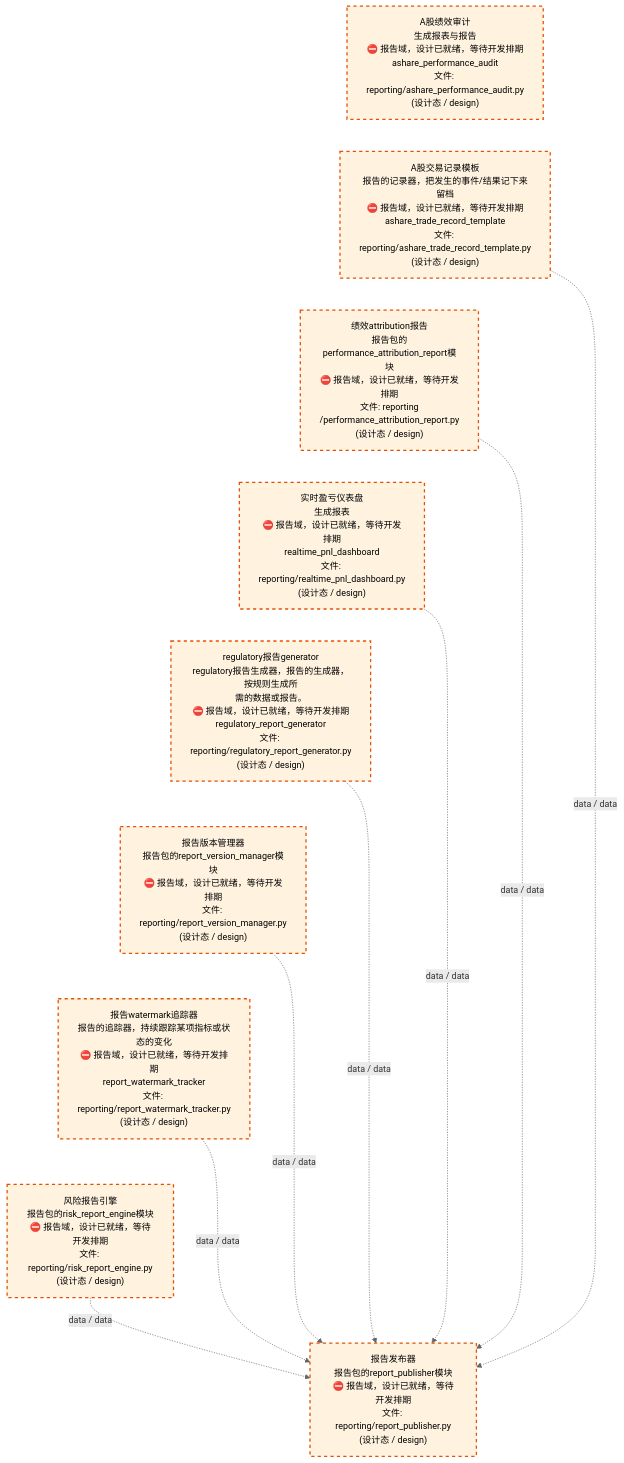
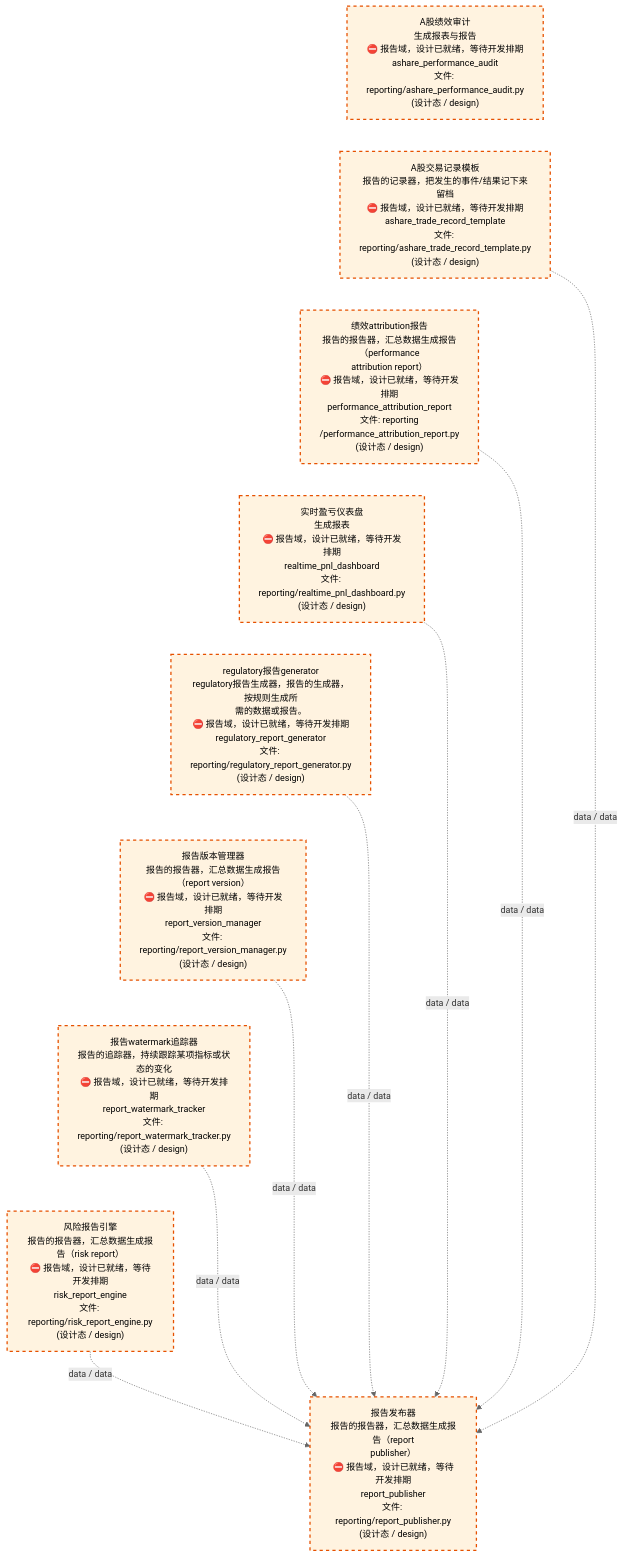
One commit to xuanFelixVan/ZephyrAlpha changed the third of 4 diagrams in docs/02_enterprise_architecture/02_domain_architecture_docs/26_d_reporting.md. Above: the diagram before and after it, drawn with Mermaid. The commit also changed other lines of this file and 36 other files, not shown here.

````diff
--- a/docs/02_enterprise_architecture/02_domain_architecture_docs/26_d_reporting.md
+++ b/docs/02_enterprise_architecture/02_domain_architecture_docs/26_d_reporting.md
@@ -137,32 +137,32 @@
 ```mermaid
 %%{init: {'theme': 'base', 'themeVariables': {'primaryColor': '#eaeaea', 'primaryTextColor': '#333333', 'primaryBorderColor': '#666666', 'lineColor': '#666666', 'secondaryColor': '#eaeaea', 'tertiaryColor': '#eaeaea', 'fontSize': '14px'}}}%%
 flowchart TD
     src_zephyr_reporting_ashare_performance_audit_py["A股绩效审计<br/>生成报表与报告<br/>⛔ 报告域，设计已就绪，等待开发排期<br/>ashare_performance_audit<br/>文件: reporting/ashare_performance_audit.py<br/>(设计态 / design)"]
     src_zephyr_reporting_ashare_trade_record_template_py["A股交易记录模板<br/>报告的记录器，把发生的事件/结果记下来留档<br/>⛔ 报告域，设计已就绪，等待开发排期<br/>ashare_trade_record_template<br/>文件: reporting/ashare_trade_record_template.py<br/>(设计态 / design)"]
-    src_zephyr_reporting_performance_attribution_report_py["绩效attribution报告<br/>报告包的performance_attribution_report模块<br/>⛔ 报告域，设计已就绪，等待开发排期<br/>文件: reporting<br/>/performance_attribution_report.py<br/>(设计态 / design)"]
+    src_zephyr_reporting_performance_attribution_report_py["绩效attribution报告<br/>报告的报告器，汇总数据生成报告（performance<br/>attribution report）<br/>⛔ 报告域，设计已就绪，等待开发排期<br/>performance_attribution_report<br/>文件: reporting<br/>/performance_attribution_report.py<br/>(设计态 / design)"]
     src_zephyr_reporting_realtime_pnl_dashboard_py["实时盈亏仪表盘<br/>生成报表<br/>⛔ 报告域，设计已就绪，等待开发排期<br/>realtime_pnl_dashboard<br/>文件: reporting/realtime_pnl_dashboard.py<br/>(设计态 / design)"]
     src_zephyr_reporting_regulatory_report_generator_py["regulatory报告generator<br/>regulatory报告生成器，报告的生成器，按规则生成所<br/>需的数据或报告。<br/>⛔ 报告域，设计已就绪，等待开发排期<br/>regulatory_report_generator<br/>文件: reporting/regulatory_report_generator.py<br/>(设计态 / design)"]
-    src_zephyr_reporting_report_version_manager_py["报告版本管理器<br/>报告包的report_version_manager模块<br/>⛔ 报告域，设计已就绪，等待开发排期<br/>文件: reporting/report_version_manager.py<br/>(设计态 / design)"]
+    src_zephyr_reporting_report_version_manager_py["报告版本管理器<br/>报告的报告器，汇总数据生成报告（report version）<br/>⛔ 报告域，设计已就绪，等待开发排期<br/>report_version_manager<br/>文件: reporting/report_version_manager.py<br/>(设计态 / design)"]
     src_zephyr_reporting_report_watermark_tracker_py["报告watermark追踪器<br/>报告的追踪器，持续跟踪某项指标或状态的变化<br/>⛔ 报告域，设计已就绪，等待开发排期<br/>report_watermark_tracker<br/>文件: reporting/report_watermark_tracker.py<br/>(设计态 / design)"]
-    src_zephyr_reporting_risk_report_engine_py["风险报告引擎<br/>报告包的risk_report_engine模块<br/>⛔ 报告域，设计已就绪，等待开发排期<br/>文件: reporting/risk_report_engine.py<br/>(设计态 / design)"]
+    src_zephyr_reporting_risk_report_engine_py["风险报告引擎<br/>报告的报告器，汇总数据生成报告（risk report）<br/>⛔ 报告域，设计已就绪，等待开发排期<br/>risk_report_engine<br/>文件: reporting/risk_report_engine.py<br/>(设计态 / design)"]
     src_zephyr_reporting_ashare_performance_audit_py ~~~ src_zephyr_reporting_ashare_trade_record_template_py
     src_zephyr_reporting_ashare_trade_record_template_py ~~~ src_zephyr_reporting_performance_attribution_report_py
     src_zephyr_reporting_performance_attribution_report_py ~~~ src_zephyr_reporting_realtime_pnl_dashboard_py
     src_zephyr_reporting_realtime_pnl_dashboard_py ~~~ src_zephyr_reporting_regulatory_report_generator_py
     src_zephyr_reporting_regulatory_report_generator_py ~~~ src_zephyr_reporting_report_version_manager_py
     src_zephyr_reporting_report_version_manager_py ~~~ src_zephyr_reporting_report_watermark_tracker_py
     src_zephyr_reporting_report_watermark_tracker_py ~~~ src_zephyr_reporting_risk_report_engine_py
-    src_zephyr_reporting_report_publisher_py["报告发布器<br/>报告包的report_publisher模块<br/>⛔ 报告域，设计已就绪，等待开发排期<br/>文件: reporting/report_publisher.py<br/>(设计态 / design)"]
+    src_zephyr_reporting_report_publisher_py["报告发布器<br/>报告的报告器，汇总数据生成报告（report<br/>publisher）<br/>⛔ 报告域，设计已就绪，等待开发排期<br/>report_publisher<br/>文件: reporting/report_publisher.py<br/>(设计态 / design)"]
     src_zephyr_reporting_ashare_trade_record_template_py -.->|data / data| src_zephyr_reporting_report_publisher_py
     src_zephyr_reporting_realtime_pnl_dashboard_py -.->|data / data| src_zephyr_reporting_report_publisher_py
     src_zephyr_reporting_regulatory_report_generator_py -.->|data / data| src_zephyr_reporting_report_publisher_py
     src_zephyr_reporting_risk_report_engine_py -.->|data / data| src_zephyr_reporting_report_publisher_py
     src_zephyr_reporting_report_version_manager_py -.->|data / data| src_zephyr_reporting_report_publisher_py
     src_zephyr_reporting_performance_attribution_report_py -.->|data / data| src_zephyr_reporting_report_publisher_py
     src_zephyr_reporting_report_watermark_tracker_py -.->|data / data| src_zephyr_reporting_report_publisher_py
     classDef production fill:#e1f5fe,stroke:#01579b,stroke-width:2px,color:#000
     classDef design fill:#fff3e0,stroke:#e65100,stroke-width:2px,color:#000,stroke-dasharray: 5 5
     classDef external_prod fill:#e8f4fd,stroke:#0277bd,stroke-width:1px,color:#000
     classDef external_design fill:#fff8e7,stroke:#ef6c00,stroke-width:1px,color:#000,stroke-dasharray: 5 5
     class src_zephyr_reporting_ashare_performance_audit_py,src_zephyr_reporting_ashare_trade_record_template_py,src_zephyr_reporting_performance_attribution_report_py,src_zephyr_reporting_realtime_pnl_dashboard_py,src_zephyr_reporting_regulatory_report_generator_py,src_zephyr_reporting_report_publisher_py,src_zephyr_reporting_report_version_manager_py,src_zephyr_reporting_report_watermark_tracker_py,src_zephyr_reporting_risk_report_engine_py design
 ```
````
